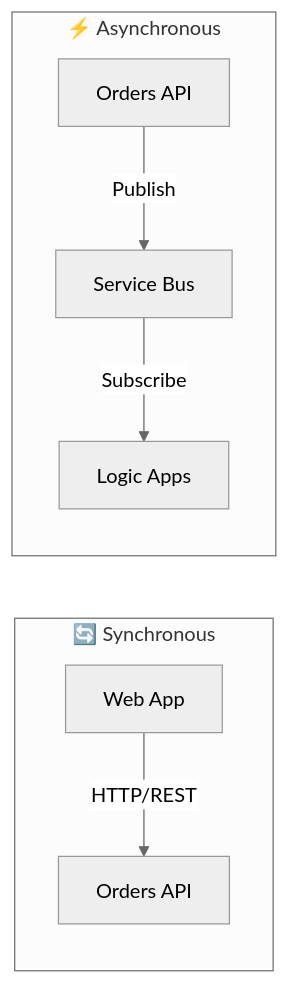
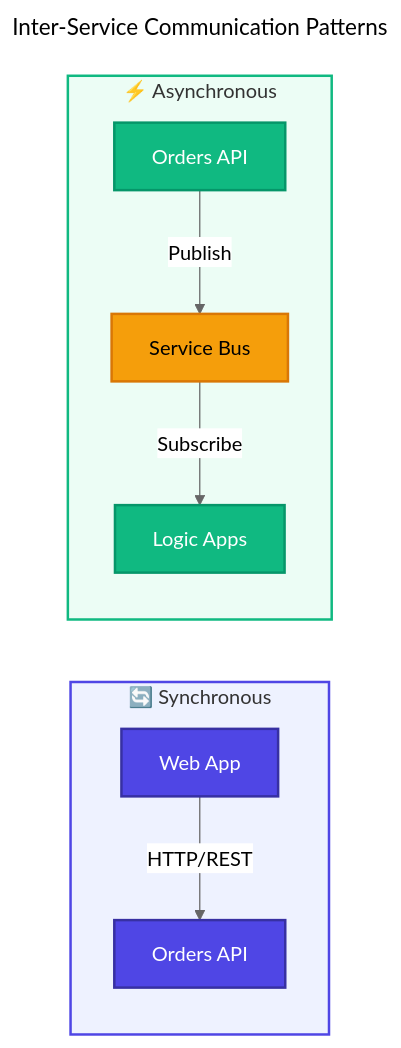
One commit to Evilazaro/Azure-LogicApps-Monitoring changed the fifth of 5 diagrams in docs/architecture/03-application-architecture.md. Above: the diagram before and after it, drawn with Mermaid (neutral theme). The commit also changed other lines of this file, not shown here.

Commit message:
refactor: Enhance application architecture documentation with improved landscape maps, component diagrams, and communication patterns

````diff
--- a/docs/architecture/03-application-architecture.md
+++ b/docs/architecture/03-application-architecture.md
@@ -364,16 +428,35 @@
 ```mermaid
+---
+title: Inter-Service Communication Patterns
+---
 flowchart LR
+    %% ===== SYNCHRONOUS =====
     subgraph Sync["🔄 Synchronous"]
         Web["Web App"]
         API["Orders API"]
         Web -->|"HTTP/REST"| API
     end
 
+    %% ===== ASYNCHRONOUS =====
     subgraph Async["⚡ Asynchronous"]
         API2["Orders API"]
         SB["Service Bus"]
         LA["Logic Apps"]
         API2 -->|"Publish"| SB
         SB -->|"Subscribe"| LA
     end
+
+    %% ===== CLASS DEFINITIONS =====
+    classDef primary fill:#4F46E5,stroke:#3730A3,color:#FFFFFF,stroke-width:2px
+    classDef secondary fill:#10B981,stroke:#059669,color:#FFFFFF,stroke-width:2px
+    classDef datastore fill:#F59E0B,stroke:#D97706,color:#000000,stroke-width:2px
+
+    %% ===== CLASS ASSIGNMENTS =====
+    class Web,API primary
+    class API2,LA secondary
+    class SB datastore
+
+    %% ===== SUBGRAPH STYLES =====
+    style Sync fill:#EEF2FF,stroke:#4F46E5,stroke-width:2px
+    style Async fill:#ECFDF5,stroke:#10B981,stroke-width:2px
 ```
````
